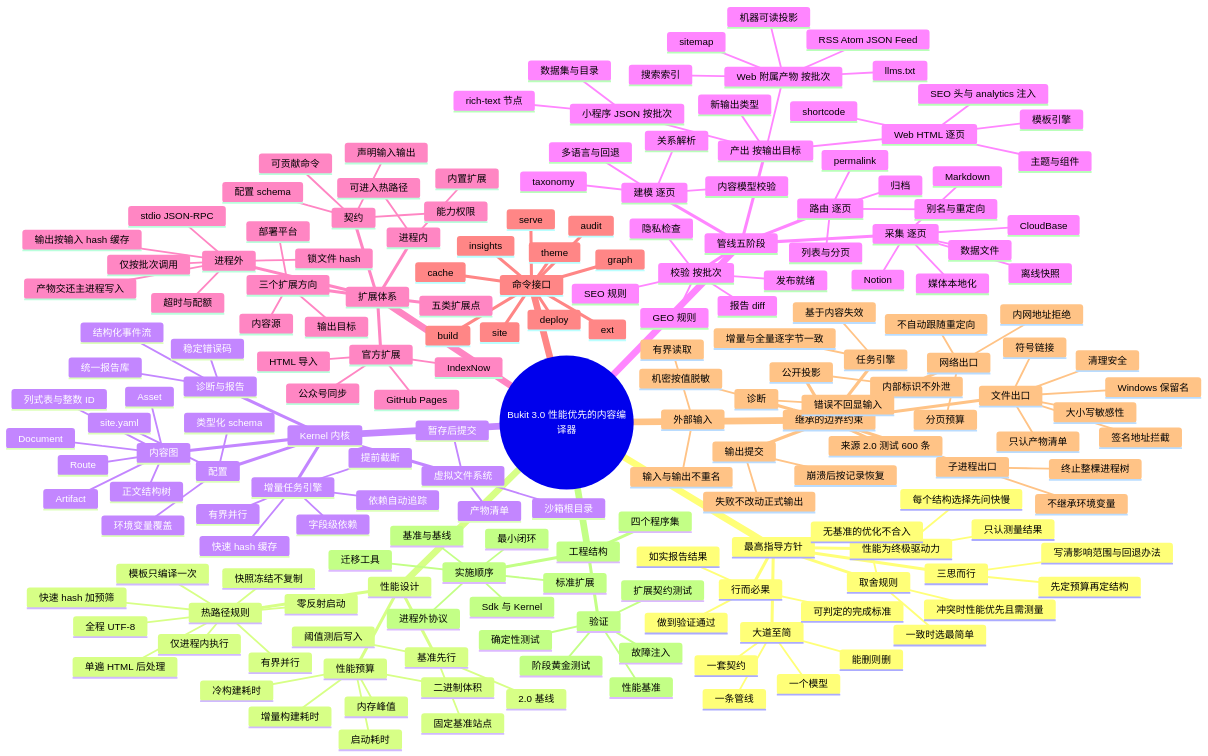
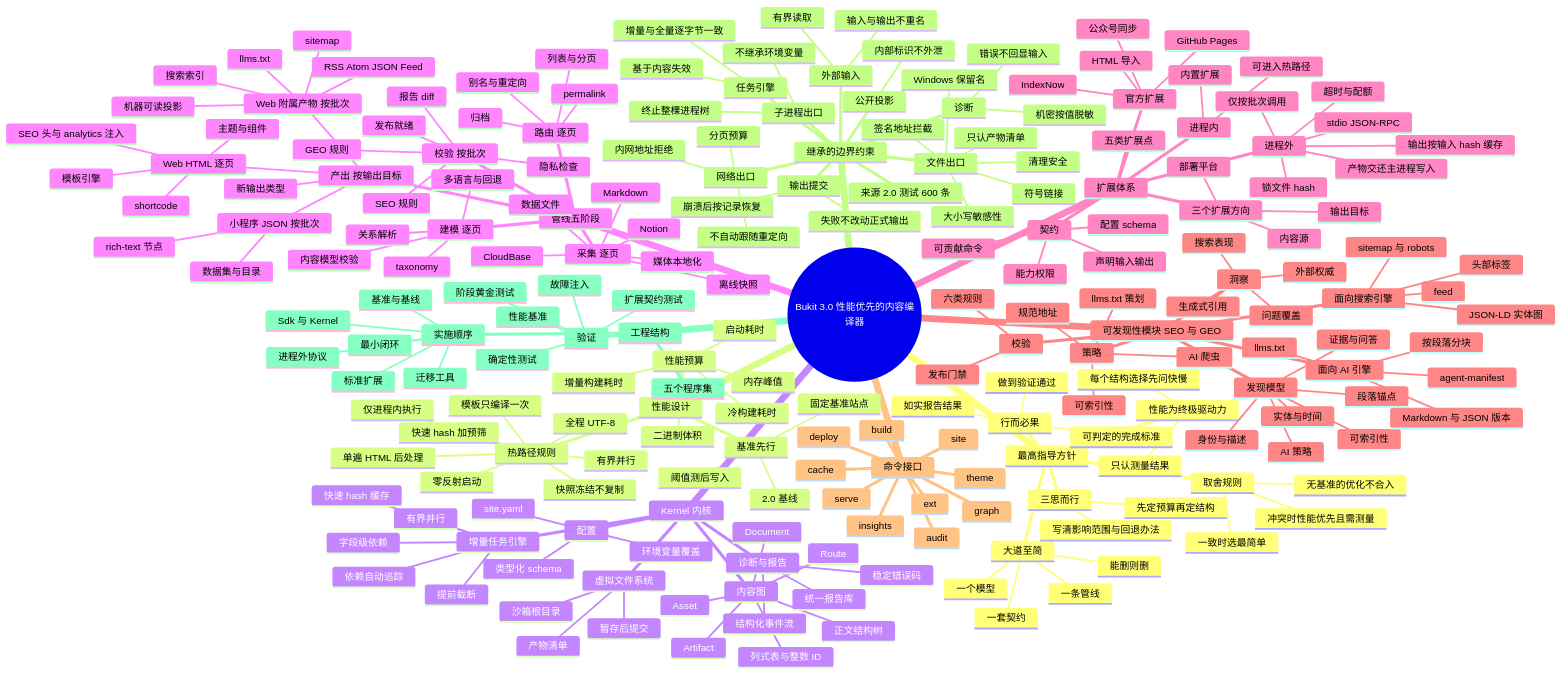
The second of 3 diagrams in docs/plans/2026-11-24-bukit-3.0-architecture-design.zh-CN.md (ALi365-SDN-BHD/Bukit), drawn with Mermaid before and after one commit. The commit also changed other lines of this file and 1 other file, not shown here.

Commit message:
docs(plans): add the discoverability module to the 3.0 master design
List Bukit.Discovery as the fifth assembly, show it in the architecture
diagram and mind map, summarise the module, and start it in the minimal
loop of the implementation order.

```diff
--- a/docs/plans/2026-11-24-bukit-3.0-architecture-design.zh-CN.md
+++ b/docs/plans/2026-11-24-bukit-3.0-architecture-design.zh-CN.md
@@ -251,6 +254,37 @@
         IndexNow
         公众号同步
         GitHub Pages
+    可发现性模块 SEO 与 GEO
+      发现模型
+        身份与描述
+        实体与时间
+        可索引性
+        证据与问答
+        段落锚点
+        AI 策略
+      策略
+        可索引性
+        规范地址
+        AI 爬虫
+        llms.txt 策划
+      面向搜索引擎
+        头部标签
+        JSON-LD 实体图
+        sitemap 与 robots
+        feed
+      面向 AI 引擎
+        llms.txt
+        Markdown 与 JSON 版本
+        按段落分块
+        agent-manifest
+      校验
+        六类规则
+        发布门禁
+      洞察
+        搜索表现
+        问题覆盖
+        生成式引用
+        外部权威
     命令接口
       site
       build
@@ -293,7 +327,7 @@
         增量与全量逐字节一致
         基于内容失效
     工程结构
-      四个程序集
+      五个程序集
       实施顺序
         基准与基线
         Sdk 与 Kernel
```
